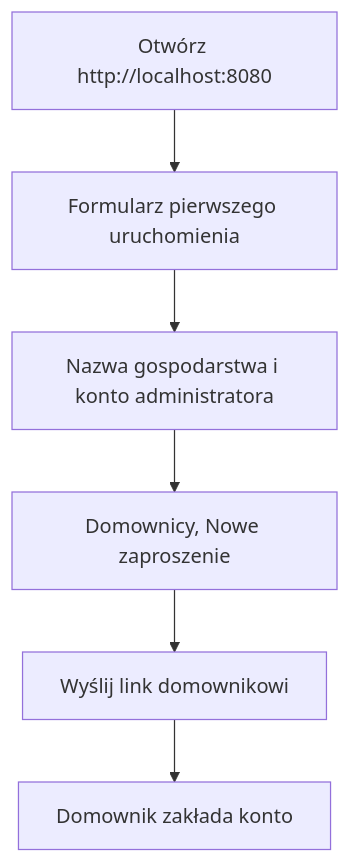
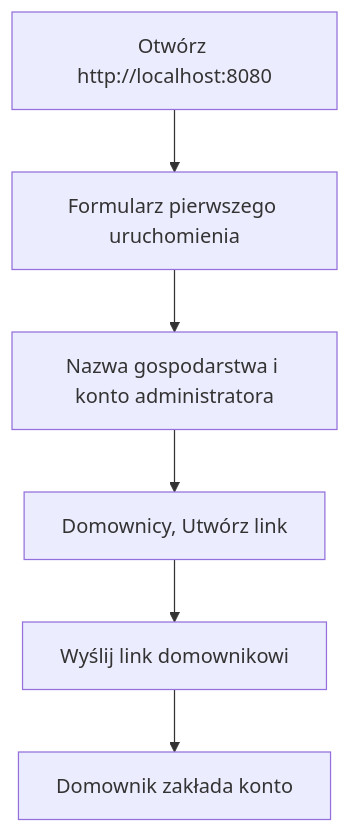
The diagram in docs/quickstart.md (MarcinCho/mealplan), drawn with Mermaid before and after one commit. The commit also changed other lines of this file and 1 other file, not shown here.

````diff
--- a/docs/quickstart.md
+++ b/docs/quickstart.md
@@ -47,8 +47,8 @@
 ```mermaid
 flowchart TD
     A[Otwórz http://localhost:8080] --> B[Formularz pierwszego uruchomienia]
     B --> C[Nazwa gospodarstwa i konto administratora]
-    C --> D[Domownicy, Nowe zaproszenie]
+    C --> D[Domownicy, Utwórz link]
     D --> E[Wyślij link domownikowi]
     E --> F[Domownik zakłada konto]
 ```
````
